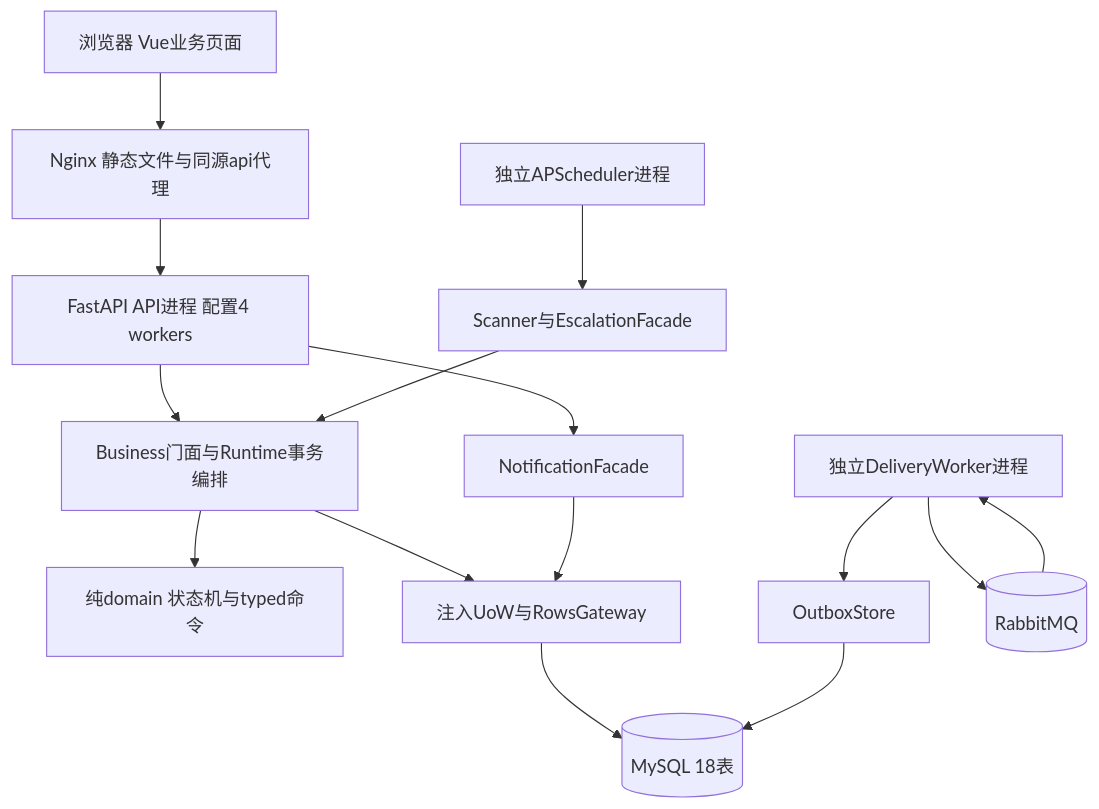
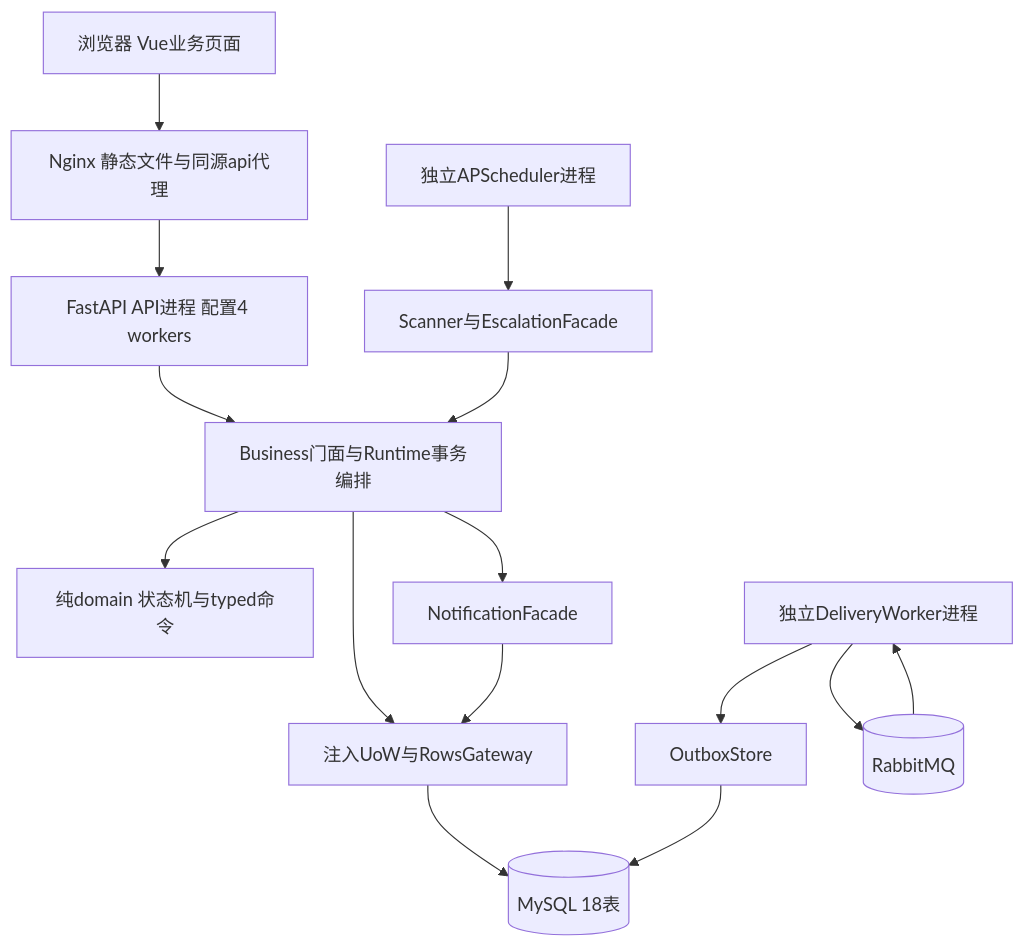
One commit to HJY147/t44-dev-trace changed the first of 4 diagrams in reports/final/design-report.md. Above: the diagram before and after it, drawn with Mermaid. The commit also changed other lines of this file and 56 other files, not shown here.

Commit message:
docs: render eight traceable requirement and design diagrams with corrected semantics

````diff
--- a/reports/final/design-report.md
+++ b/reports/final/design-report.md
@@ -31,17 +33,17 @@
 ```mermaid
 flowchart TB
   UI[浏览器 Vue业务页面] --> Nginx[Nginx 静态文件与同源api代理]
   Nginx --> API[FastAPI API进程 配置4 workers]
   API --> Services[Business门面与Runtime事务编排]
   Services --> Domain[纯domain 状态机与typed命令]
   Services --> Rows[注入UoW与RowsGateway]
   Rows --> MySQL[(MySQL 18表)]
   Sched[独立APScheduler进程] --> Scanner[Scanner与EscalationFacade]
   Scanner --> Services
   Worker[独立DeliveryWorker进程] --> Store[OutboxStore]
   Store --> MySQL
   Worker --> Rabbit[(RabbitMQ)]
   Rabbit --> Worker
-  API --> Notify[NotificationFacade]
+  Services --> Notify[NotificationFacade]
   Notify --> Rows
 ```
````
